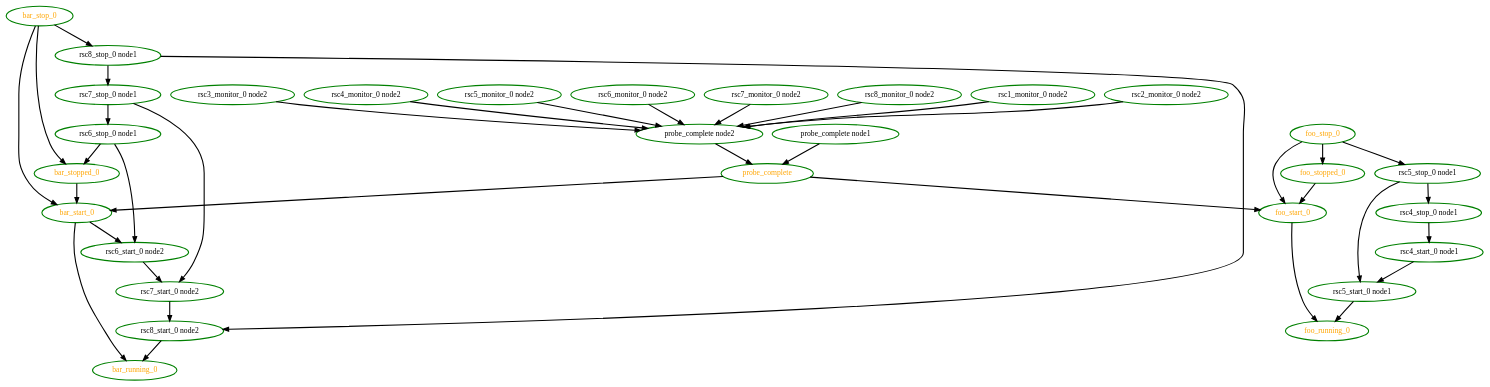
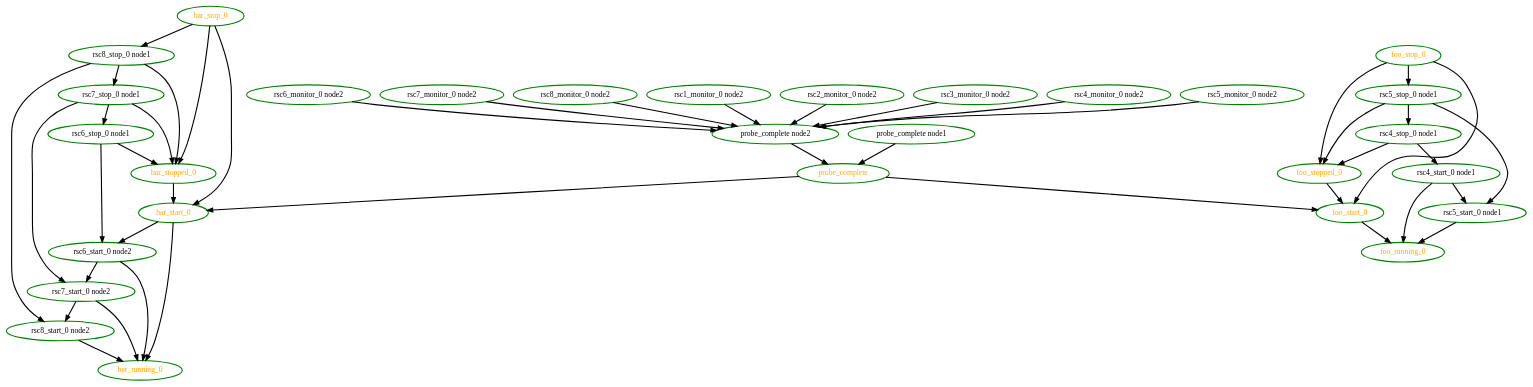
Before and after one commit to richiewen8/heartbeat: the diagram in crm/pengine/testcases/group9.dot, drawn with Graphviz. The commit also changed 40 other files, not shown here.

```diff
--- a/crm/pengine/testcases/group9.dot
+++ b/crm/pengine/testcases/group9.dot
@@ -1,68 +1,75 @@
  digraph "g" {
 "bar_running_0" [ style=bold color="green" fontcolor="orange" ]
 "bar_start_0" -> "bar_running_0" [ style = bold]
 "bar_start_0" -> "rsc6_start_0 node2" [ style = bold]
 "bar_start_0" [ style=bold color="green" fontcolor="orange" ]
 "bar_stop_0" -> "bar_start_0" [ style = bold]
 "bar_stop_0" -> "bar_stopped_0" [ style = bold]
 "bar_stop_0" -> "rsc8_stop_0 node1" [ style = bold]
 "bar_stop_0" [ style=bold color="green" fontcolor="orange" ]
 "bar_stopped_0" -> "bar_start_0" [ style = bold]
 "bar_stopped_0" [ style=bold color="green" fontcolor="orange" ]
 "foo_running_0" [ style=bold color="green" fontcolor="orange" ]
 "foo_start_0" -> "foo_running_0" [ style = bold]
 "foo_start_0" [ style=bold color="green" fontcolor="orange" ]
 "foo_stop_0" -> "foo_start_0" [ style = bold]
 "foo_stop_0" -> "foo_stopped_0" [ style = bold]
 "foo_stop_0" -> "rsc5_stop_0 node1" [ style = bold]
 "foo_stop_0" [ style=bold color="green" fontcolor="orange" ]
 "foo_stopped_0" -> "foo_start_0" [ style = bold]
 "foo_stopped_0" [ style=bold color="green" fontcolor="orange" ]
 "probe_complete node1" -> "probe_complete" [ style = bold]
 "probe_complete node1" [ style=bold color="green" fontcolor="black" ]
 "probe_complete node2" -> "probe_complete" [ style = bold]
 "probe_complete node2" [ style=bold color="green" fontcolor="black" ]
 "probe_complete" -> "bar_start_0" [ style = bold]
 "probe_complete" -> "foo_start_0" [ style = bold]
 "probe_complete" [ style=bold color="green" fontcolor="orange" ]
 "rsc1_monitor_0 node2" -> "probe_complete node2" [ style = bold]
 "rsc1_monitor_0 node2" [ style=bold color="green" fontcolor="black" ]
 "rsc2_monitor_0 node2" -> "probe_complete node2" [ style = bold]
 "rsc2_monitor_0 node2" [ style=bold color="green" fontcolor="black" ]
 "rsc3_monitor_0 node2" -> "probe_complete node2" [ style = bold]
 "rsc3_monitor_0 node2" [ style=bold color="green" fontcolor="black" ]
 "rsc4_monitor_0 node2" -> "probe_complete node2" [ style = bold]
 "rsc4_monitor_0 node2" [ style=bold color="green" fontcolor="black" ]
+"rsc4_start_0 node1" -> "foo_running_0" [ style = bold]
 "rsc4_start_0 node1" -> "rsc5_start_0 node1" [ style = bold]
 "rsc4_start_0 node1" [ style=bold color="green" fontcolor="black" ]
+"rsc4_stop_0 node1" -> "foo_stopped_0" [ style = bold]
 "rsc4_stop_0 node1" -> "rsc4_start_0 node1" [ style = bold]
 "rsc4_stop_0 node1" [ style=bold color="green" fontcolor="black" ]
 "rsc5_monitor_0 node2" -> "probe_complete node2" [ style = bold]
 "rsc5_monitor_0 node2" [ style=bold color="green" fontcolor="black" ]
 "rsc5_start_0 node1" -> "foo_running_0" [ style = bold]
 "rsc5_start_0 node1" [ style=bold color="green" fontcolor="black" ]
+"rsc5_stop_0 node1" -> "foo_stopped_0" [ style = bold]
 "rsc5_stop_0 node1" -> "rsc4_stop_0 node1" [ style = bold]
 "rsc5_stop_0 node1" -> "rsc5_start_0 node1" [ style = bold]
 "rsc5_stop_0 node1" [ style=bold color="green" fontcolor="black" ]
 "rsc6_monitor_0 node2" -> "probe_complete node2" [ style = bold]
 "rsc6_monitor_0 node2" [ style=bold color="green" fontcolor="black" ]
+"rsc6_start_0 node2" -> "bar_running_0" [ style = bold]
 "rsc6_start_0 node2" -> "rsc7_start_0 node2" [ style = bold]
 "rsc6_start_0 node2" [ style=bold color="green" fontcolor="black" ]
 "rsc6_stop_0 node1" -> "bar_stopped_0" [ style = bold]
 "rsc6_stop_0 node1" -> "rsc6_start_0 node2" [ style = bold]
 "rsc6_stop_0 node1" [ style=bold color="green" fontcolor="black" ]
 "rsc7_monitor_0 node2" -> "probe_complete node2" [ style = bold]
 "rsc7_monitor_0 node2" [ style=bold color="green" fontcolor="black" ]
+"rsc7_start_0 node2" -> "bar_running_0" [ style = bold]
 "rsc7_start_0 node2" -> "rsc8_start_0 node2" [ style = bold]
 "rsc7_start_0 node2" [ style=bold color="green" fontcolor="black" ]
+"rsc7_stop_0 node1" -> "bar_stopped_0" [ style = bold]
 "rsc7_stop_0 node1" -> "rsc6_stop_0 node1" [ style = bold]
 "rsc7_stop_0 node1" -> "rsc7_start_0 node2" [ style = bold]
 "rsc7_stop_0 node1" [ style=bold color="green" fontcolor="black" ]
 "rsc8_monitor_0 node2" -> "probe_complete node2" [ style = bold]
 "rsc8_monitor_0 node2" [ style=bold color="green" fontcolor="black" ]
 "rsc8_start_0 node2" -> "bar_running_0" [ style = bold]
 "rsc8_start_0 node2" [ style=bold color="green" fontcolor="black" ]
+"rsc8_stop_0 node1" -> "bar_stopped_0" [ style = bold]
 "rsc8_stop_0 node1" -> "rsc7_stop_0 node1" [ style = bold]
 "rsc8_stop_0 node1" -> "rsc8_start_0 node2" [ style = bold]
 "rsc8_stop_0 node1" [ style=bold color="green" fontcolor="black" ]
 }
```
